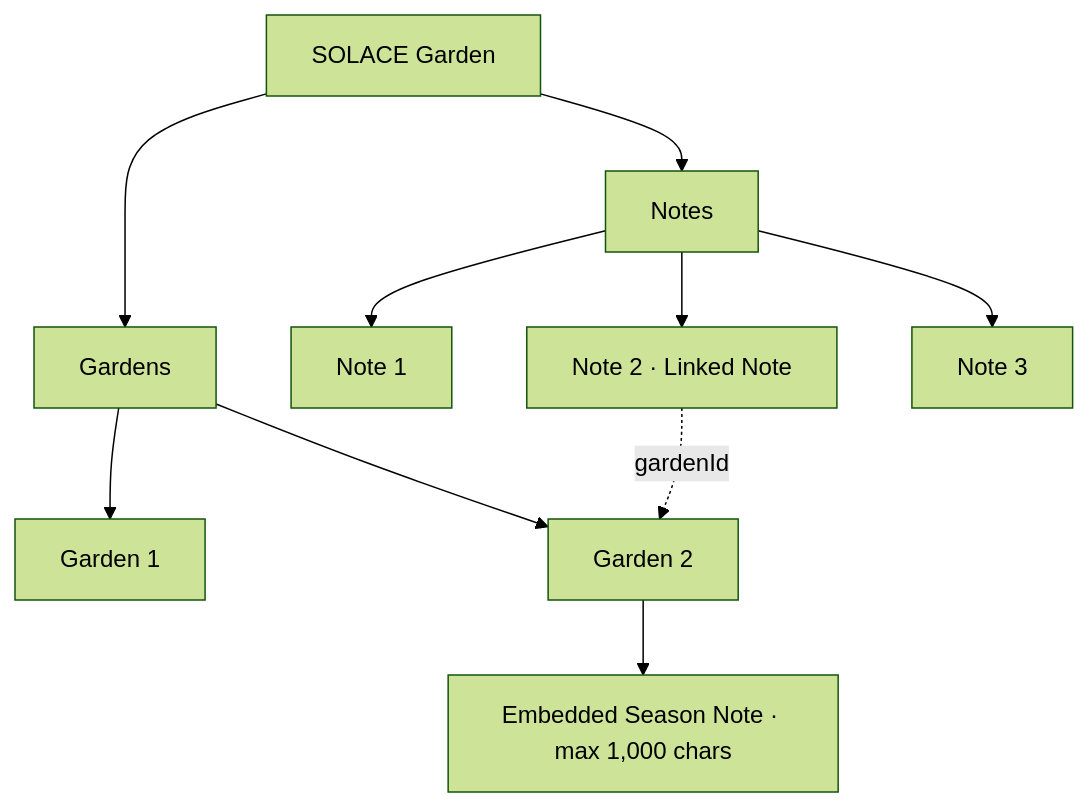
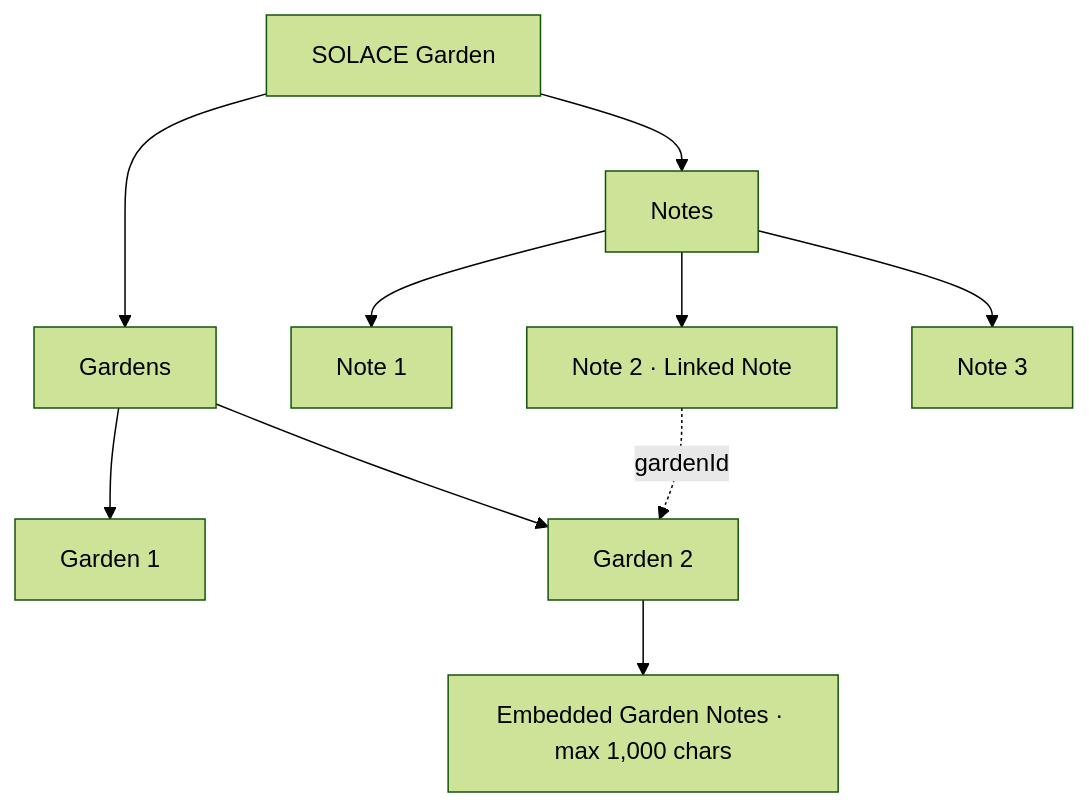
The diagram in docs/TECH_SPEC.md (solacenetwork/solace-garden), drawn with Mermaid (forest theme) before and after one commit. The commit also changed other lines of this file, not shown here.

Commit message:
docs: rename embedded Season Note to Garden Notes

````diff
--- a/docs/TECH_SPEC.md
+++ b/docs/TECH_SPEC.md
@@ -106,12 +106,12 @@
 ```mermaid
 flowchart TB
     App["SOLACE Garden"] --> Notes["Notes"]
     App --> Gardens["Gardens"]
     Notes --> N1["Note 1"]
     Notes --> N2["Note 2 · Linked Note"]
     Notes --> N3["Note 3"]
     Gardens --> G1["Garden 1"]
     Gardens --> G2["Garden 2"]
     N2 -.->|"gardenId"| G2
-    G2 --> Season["Embedded Season Note · max 1,000 chars"]
+    G2 --> Season["Embedded Garden Notes · max 1,000 chars"]
 ```
````
